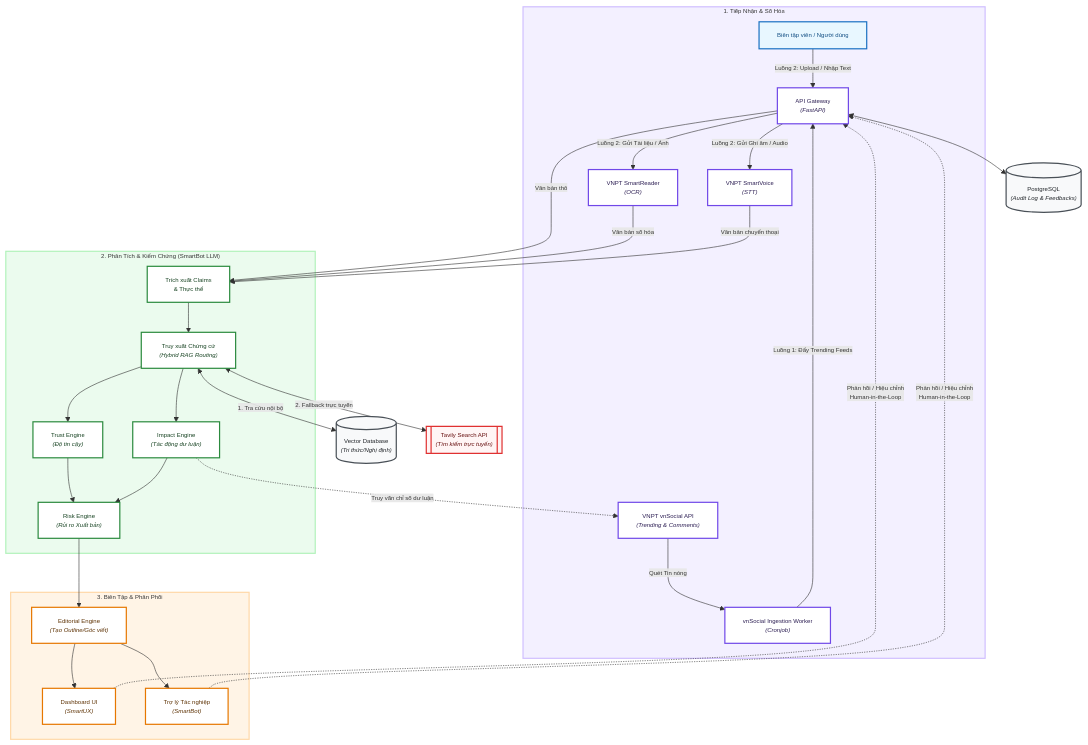
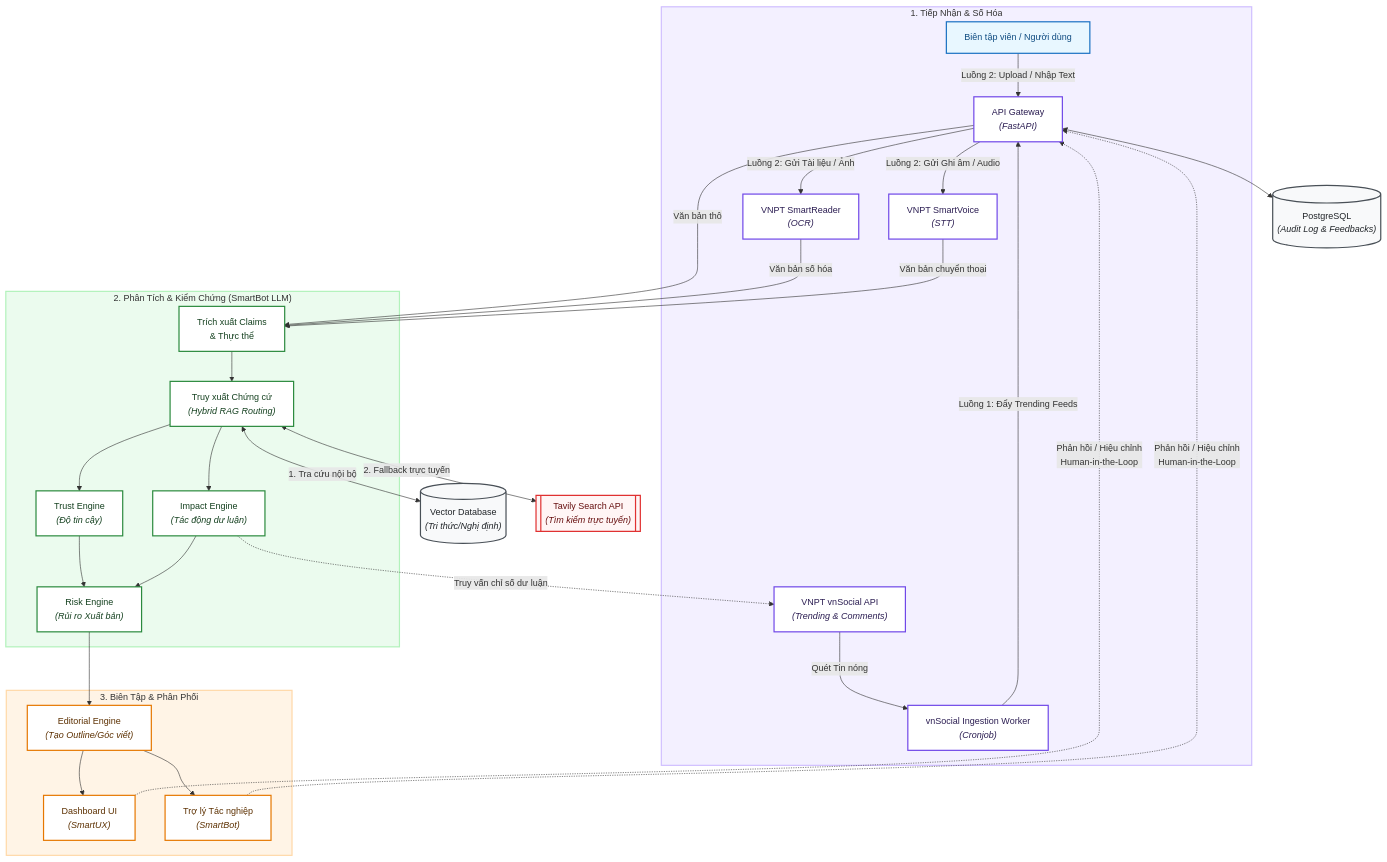
The first of 2 diagrams in docs/architectures/SystemArchitecture.md (KidCute1412/VietnameseHackAIthon2026-SocialMedia), drawn with Mermaid before and after one commit. The commit also changed other lines of this file, not shown here.

````diff
--- a/docs/architectures/SystemArchitecture.md
+++ b/docs/architectures/SystemArchitecture.md
@@ -11,80 +11,80 @@
 ```mermaid
-%%{init: {"flowchart": {"htmlLabels": true, "useMaxWidth": false}, "themeVariables": {"fontSize": "10px", "fontFamily": "Inter"}} }%%
+%%{init: {"flowchart": {"htmlLabels": true, "useMaxWidth": false}, "themeVariables": {"fontSize": "15px", "fontFamily": "Inter"}} }%%
 flowchart TD
     %% Style definitions
     classDef actor fill:#e8f7ff,stroke:#1971c2,stroke-width:2px,color:#0f4c81;
     classDef ingestion fill:#ffffff,stroke:#7048e8,stroke-width:2px,color:#2b1d52;
     classDef core fill:#ffffff,stroke:#2b8a3e,stroke-width:2px,color:#14401f;
     classDef delivery fill:#ffffff,stroke:#e67700,stroke-width:2px,color:#5c3000;
     classDef db fill:#f8f9fa,stroke:#495057,stroke-width:2px,color:#212529;
     classDef extAPI fill:#fff5f5,stroke:#e03131,stroke-width:2px,color:#660e0e;
 
     %% Subgraph 1: Ingestion Layer
     subgraph Ingestion ["1. Tiếp Nhận & Số Hóa"]
         User["Biên tập viên / Người dùng"]:::actor
         vnSocialAPI["VNPT vnSocial API<br><i>(Trending & Comments)</i>"]:::ingestion
         Cronjob["vnSocial Ingestion Worker<br><i>(Cronjob)</i>"]:::ingestion
         Gateway["API Gateway<br><i>(FastAPI)</i>"]:::ingestion
         OCR["VNPT SmartReader<br><i>(OCR)</i>"]:::ingestion
         STT["VNPT SmartVoice<br><i>(STT)</i>"]:::ingestion
         
         User -->|Luồng 2: Upload / Nhập Text| Gateway
         vnSocialAPI -->|Quét Tin nóng| Cronjob
         Cronjob -->|Luồng 1: Đẩy Trending Feeds| Gateway
         Gateway -->|Luồng 2: Gửi Tài liệu / Ảnh| OCR
         Gateway -->|Luồng 2: Gửi Ghi âm / Audio| STT
     end
 
     %% Subgraph 2: Processing & Verification Core
     subgraph Core ["2. Phân Tích & Kiểm Chứng (SmartBot LLM)"]
         Claims["Trích xuất Claims<br>& Thực thể"]:::core
         Retrieval["Truy xuất Chứng cứ<br><i>(Hybrid RAG Routing)</i>"]:::core
         
         %% Side-by-side Engines
         Trust["Trust Engine<br><i>(Độ tin cậy)</i>"]:::core
         Impact["Impact Engine<br><i>(Tác động dư luận)</i>"]:::core
         
         Risk["Risk Engine<br><i>(Rủi ro Xuất bản)</i>"]:::core
         
         Claims --> Retrieval
         Retrieval --> Trust
         Retrieval --> Impact
         Trust --> Risk
         Impact --> Risk
     end
 
     %% Subgraph 3: Delivery & Interaction
     subgraph Delivery ["3. Biên Tập & Phân Phối"]
         Editorial["Editorial Engine<br><i>(Tạo Outline/Góc viết)</i>"]:::delivery
         Dashboard["Dashboard UI<br><i>(SmartUX)</i>"]:::delivery
         SmartBot["Trợ lý Tác nghiệp<br><i>(SmartBot)</i>"]:::delivery
         
         Editorial --> Dashboard
         Editorial --> SmartBot
     end
 
     %% Inter-subgraph flow
     Gateway -->|Văn bản thô| Claims
     OCR -->|Văn bản số hóa| Claims
     STT -->|Văn bản chuyển thoại| Claims
     Risk --> Editorial
 
     %% External Storage / Integration
     VectorDB[("Vector Database<br><i>(Tri thức/Nghị định)</i>")]:::db
     PostgreSQL[("PostgreSQL<br><i>(Audit Log & Feedbacks)</i>")]:::db
     TavilyAPI[["Tavily Search API<br><i>(Tìm kiếm trực tuyến)</i>"]]:::extAPI
 
     %% Connect databases close to their usage nodes
     Gateway <--> PostgreSQL
     Retrieval <-->|1. Tra cứu nội bộ| VectorDB
     Retrieval <-->|2. Fallback trực tuyến| TavilyAPI
 
     %% Feedback loops (curved dashed lines)
     Dashboard & SmartBot -.->|Phản hồi / Hiệu chỉnh<br>Human-in-the-Loop| Gateway
     Impact -.->|Truy vấn chỉ số dư luận| vnSocialAPI
 
     %% Subgraph Styling
     style Ingestion fill:#f3f0ff,stroke:#d0bfff,stroke-width:2px
     style Core fill:#ebfbee,stroke:#b2f2bb,stroke-width:2px
     style Delivery fill:#fff4e6,stroke:#ffd8a8,stroke-width:2px
 ```
````
